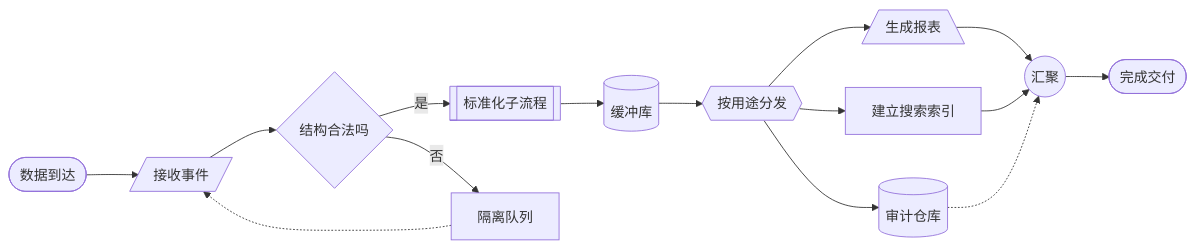
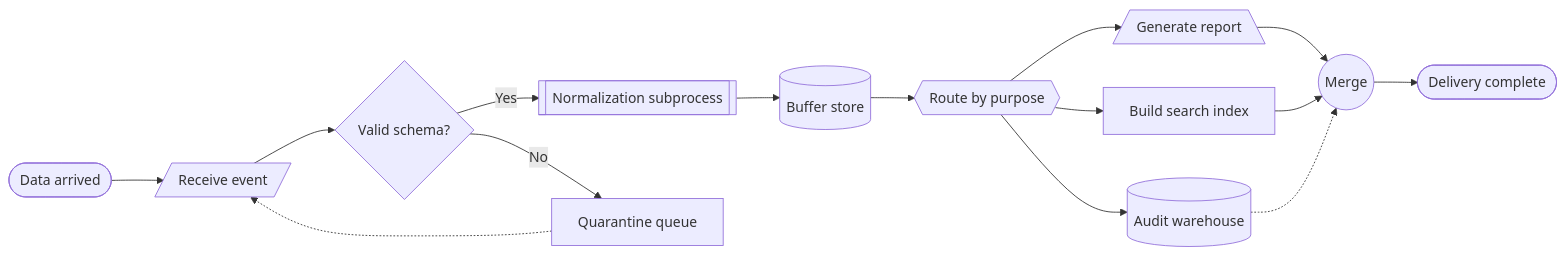
Before and after one commit to wizlijun/note.md: the seventh of 50 diagrams in docs/examples/mermaid-pele-theme-gallery.md, drawn with Mermaid. The commit also changed other lines of this file, not shown here.

Commit message:
docs: make diagram gallery English and image focused

````diff
--- a/docs/examples/mermaid-pele-theme-gallery.md
+++ b/docs/examples/mermaid-pele-theme-gallery.md
@@ -567,17 +376,17 @@
 ```mermaid
 flowchart LR
-  Source([数据到达]) --> Input[/接收事件/]
-  Input --> Gate{结构合法吗}
-  Gate -->|是| Transform[[标准化子流程]]
-  Gate -->|否| Quarantine[隔离队列]
-  Transform --> Buffer[(缓冲库)]
-  Buffer --> Split{{按用途分发}}
-  Split --> Report[/生成报表\]
-  Split --> Search[建立搜索索引]
-  Split --> Audit[(审计仓库)]
-  Report --> Merge((汇聚))
+  Source([Data arrived]) --> Input[/Receive event/]
+  Input --> Gate{Valid schema?}
+  Gate -->|Yes| Transform[[Normalization subprocess]]
+  Gate -->|No| Quarantine[Quarantine queue]
+  Transform --> Buffer[(Buffer store)]
+  Buffer --> Split{{Route by purpose}}
+  Split --> Report[/Generate report\]
+  Split --> Search[Build search index]
+  Split --> Audit[(Audit warehouse)]
+  Report --> Merge((Merge))
   Search --> Merge
   Audit -.-> Merge
-  Merge --> Result([完成交付])
+  Merge --> Result([Delivery complete])
   Quarantine -.-> Input
 ```
````
